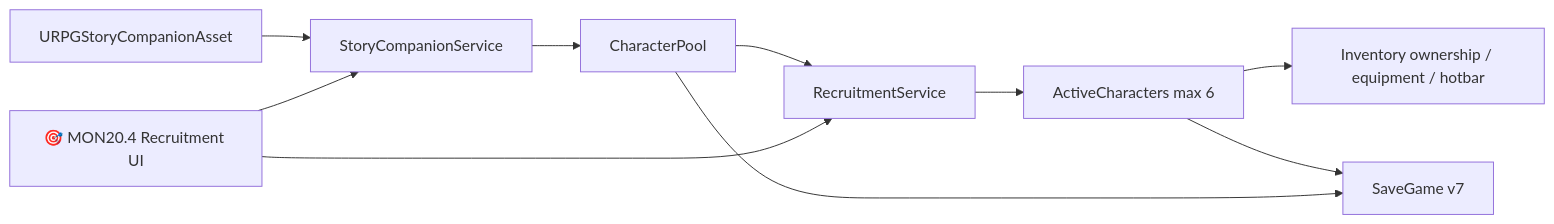
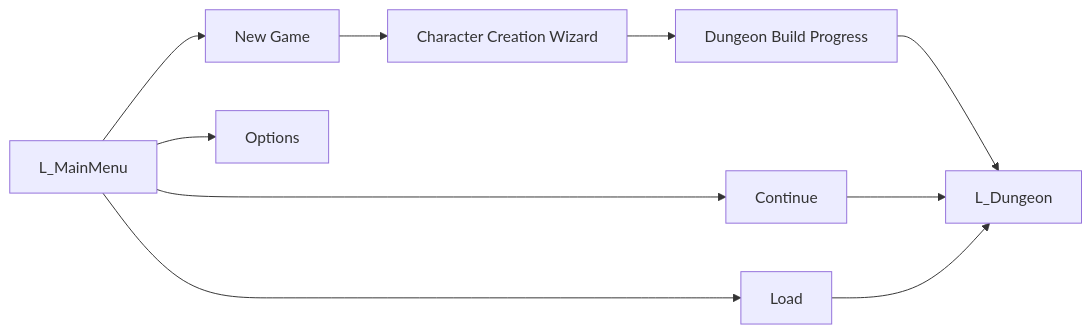
Before and after one commit to PhilippeMartin1964/GrimrockPrototype: diagram 14 of 19 in docs/Architecture/Maps/GRIMROCK_PROJECT_MAP_MERMAID.md, drawn with Mermaid. The commit also changed other lines of this file and 2 other files, not shown here.

Commit message:
DOC-MAP01 refresh detailed project architecture maps

````diff
--- a/docs/Architecture/Maps/GRIMROCK_PROJECT_MAP_MERMAID.md
+++ b/docs/Architecture/Maps/GRIMROCK_PROJECT_MAP_MERMAID.md
@@ -119,12 +308,12 @@
 ```mermaid
 flowchart LR
-    ASSET[URPGStoryCompanionAsset] --> REG[StoryCompanionService]
-    REG --> POOL[CharacterPool]
-    POOL --> RECRUIT[RecruitmentService]
-    RECRUIT --> ACTIVE[ActiveCharacters max 6]
-    ACTIVE --> INV[Inventory ownership / equipment / hotbar]
-    ACTIVE --> SAVE[SaveGame v7]
-    POOL --> SAVE
-    UI[🎯 MON20.4 Recruitment UI] --> REG
-    UI --> RECRUIT
+    MENU[L_MainMenu] --> NEW[New Game]
+    MENU --> CONT[Continue]
+    MENU --> LOAD[Load]
+    MENU --> OPT[Options]
+    NEW --> CC[Character Creation Wizard]
+    CC --> PROG[Dungeon Build Progress]
+    PROG --> DUN[L_Dungeon]
+    CONT --> DUN
+    LOAD --> DUN
 ```
````
